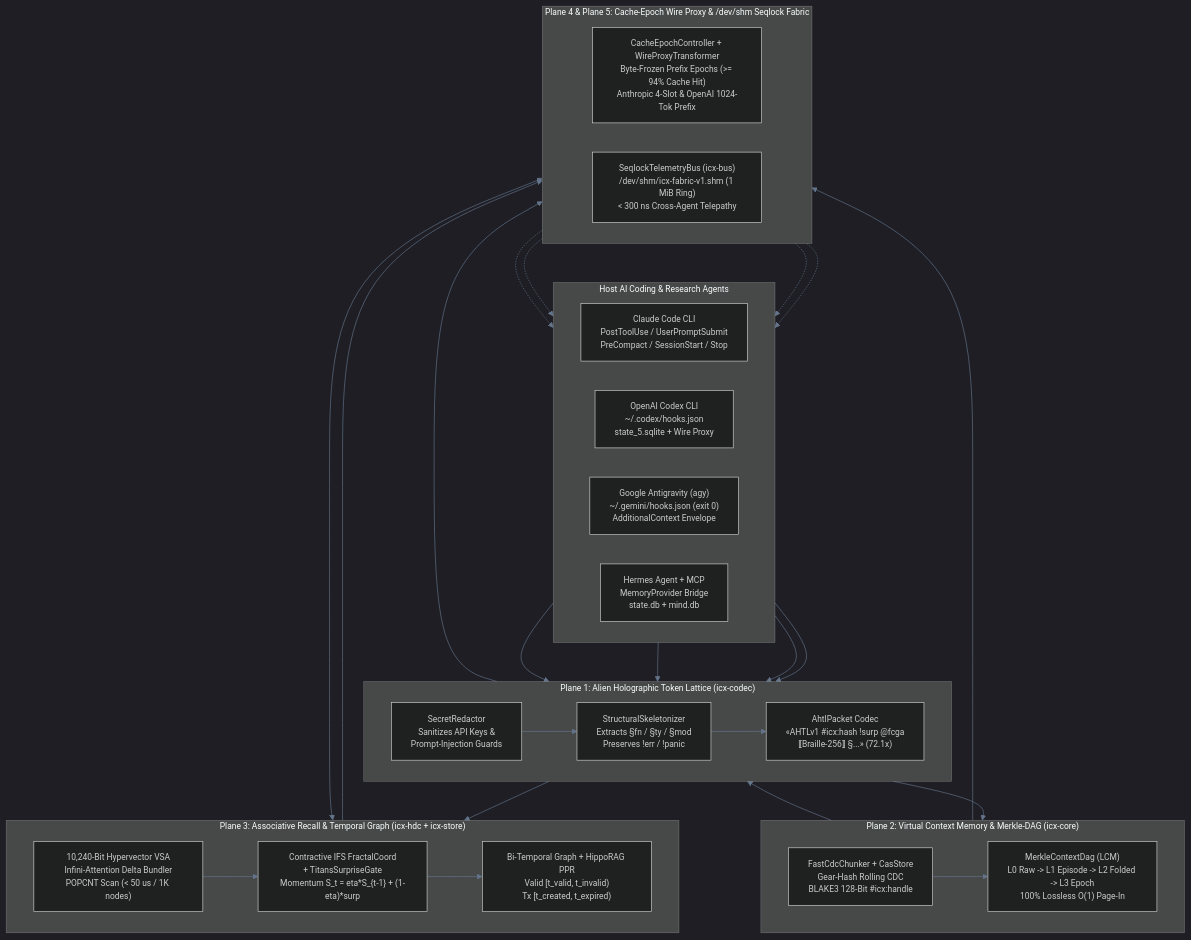
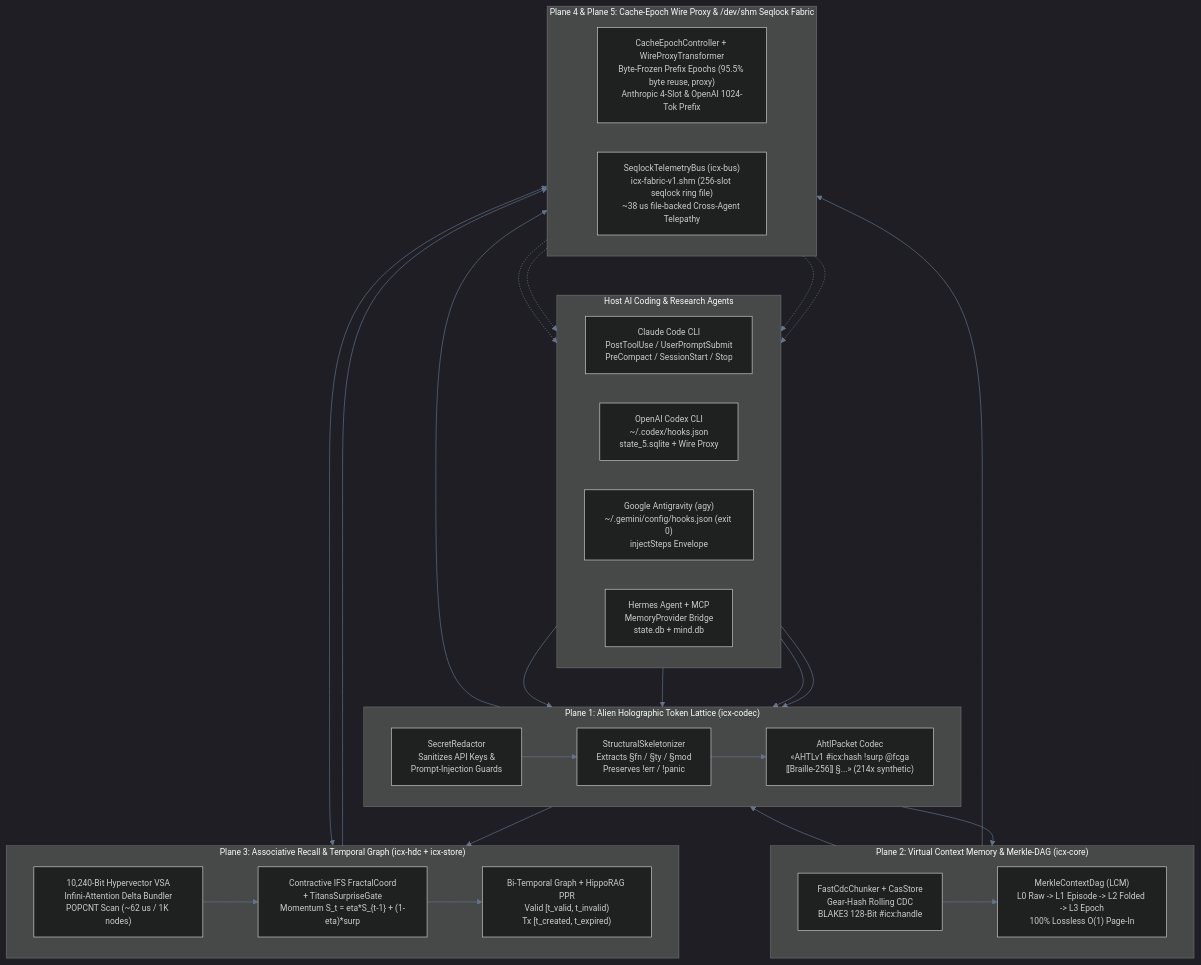
Before and after one commit to doublegate/Infinity-Context: the diagram in docs/diagrams/five-plane-architecture.mmd, drawn with Mermaid. The commit also changed 35 other files, not shown here.

```diff
--- a/docs/diagrams/five-plane-architecture.mmd
+++ b/docs/diagrams/five-plane-architecture.mmd
@@ -1,58 +1,58 @@
 %%{init: {
   "theme": "dark",
   "themeVariables": {
     "fontFamily": "JetBrains Mono, ui-monospace, SFMono-Regular, Menlo, Consolas, monospace",
     "fontSize": "13px",
     "primaryColor": "#0f172a",
     "primaryTextColor": "#f8fafc",
     "primaryBorderColor": "#38bdf8",
     "lineColor": "#64748b",
     "secondaryColor": "#1e1b4b",
     "tertiaryColor": "#064e3b"
   },
   "flowchart": { "curve": "basis", "nodeSpacing": 45, "rankSpacing": 60 }
 }}%%
 
 flowchart TB
   subgraph AGENTS["Host AI Coding & Research Agents"]
     direction LR
     CC["Claude Code CLI<br/>PostToolUse / UserPromptSubmit<br/>PreCompact / SessionStart / Stop"]
     CX["OpenAI Codex CLI<br/>~/.codex/hooks.json<br/>state_5.sqlite + Wire Proxy"]
-    AG["Google Antigravity (agy)<br/>~/.gemini/hooks.json (exit 0)<br/>AdditionalContext Envelope"]
+    AG["Google Antigravity (agy)<br/>~/.gemini/config/hooks.json (exit 0)<br/>injectSteps Envelope"]
     HM["Hermes Agent + MCP<br/>MemoryProvider Bridge<br/>state.db + mind.db"]
   end
 
   subgraph P1["Plane 1: Alien Holographic Token Lattice (icx-codec)"]
     direction LR
     RED["SecretRedactor<br/>Sanitizes API Keys &amp;<br/>Prompt-Injection Guards"]
     SKEL["StructuralSkeletonizer<br/>Extracts §fn / §ty / §mod<br/>Preserves !err / !panic"]
-    AHTL["AhtlPacket Codec<br/>«AHTLv1 #icx:hash !surp @fcga<br/>⟦Braille-256⟧ §...» (72.1x)"]
+    AHTL["AhtlPacket Codec<br/>«AHTLv1 #icx:hash !surp @fcga<br/>⟦Braille-256⟧ §...» (214x synthetic)"]
   end
 
   subgraph P2["Plane 2: Virtual Context Memory & Merkle-DAG (icx-core)"]
     direction LR
     CDC["FastCdcChunker + CasStore<br/>Gear-Hash Rolling CDC<br/>BLAKE3 128-Bit #icx:handle"]
     DAG["MerkleContextDag (LCM)<br/>L0 Raw -> L1 Episode -> L2 Folded -> L3 Epoch<br/>100% Lossless O(1) Page-In"]
   end
 
   subgraph P3["Plane 3: Associative Recall & Temporal Graph (icx-hdc + icx-store)"]
     direction LR
-    HDC["10,240-Bit Hypervector VSA<br/>Infini-Attention Delta Bundler<br/>POPCNT Scan (< 50 us / 1K nodes)"]
+    HDC["10,240-Bit Hypervector VSA<br/>Infini-Attention Delta Bundler<br/>POPCNT Scan (~62 us / 1K nodes)"]
     FCGA["Contractive IFS FractalCoord<br/>+ TitansSurpriseGate<br/>Momentum S_t = eta*S_{t-1} + (1-eta)*surp"]
     PPR["Bi-Temporal Graph + HippoRAG PPR<br/>Valid [t_valid, t_invalid)<br/>Tx [t_created, t_expired)"]
   end
 
   subgraph P45["Plane 4 & Plane 5: Cache-Epoch Wire Proxy & /dev/shm Seqlock Fabric"]
     direction LR
-    EPOCH["CacheEpochController + WireProxyTransformer<br/>Byte-Frozen Prefix Epochs (>= 94% Cache Hit)<br/>Anthropic 4-Slot &amp; OpenAI 1024-Tok Prefix"]
-    SHM["SeqlockTelemetryBus (icx-bus)<br/>/dev/shm/icx-fabric-v1.shm (1 MiB Ring)<br/>< 300 ns Cross-Agent Telepathy"]
+    EPOCH["CacheEpochController + WireProxyTransformer<br/>Byte-Frozen Prefix Epochs (95.5% byte reuse, proxy)<br/>Anthropic 4-Slot &amp; OpenAI 1024-Tok Prefix"]
+    SHM["SeqlockTelemetryBus (icx-bus)<br/>icx-fabric-v1.shm (256-slot seqlock ring file)<br/>~38 us file-backed Cross-Agent Telepathy"]
   end
 
   CC & CX & AG & HM --> RED
   RED --> SKEL --> AHTL
   RED --> CDC --> DAG
   DAG --> AHTL
   AHTL --> HDC --> FCGA --> PPR
   AHTL & PPR & DAG --> EPOCH
   HDC <--> SHM
   SHM -.-> CC & CX & AG & HM
```
